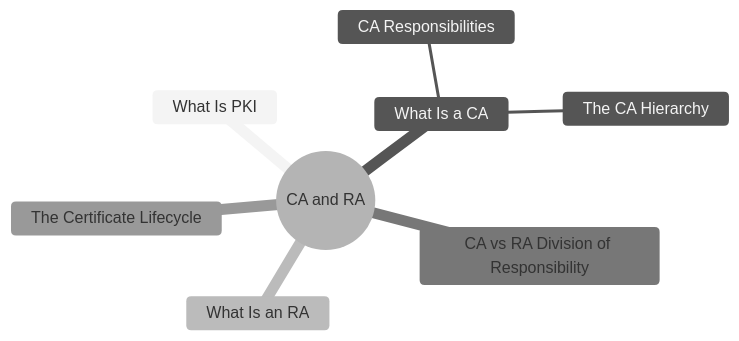
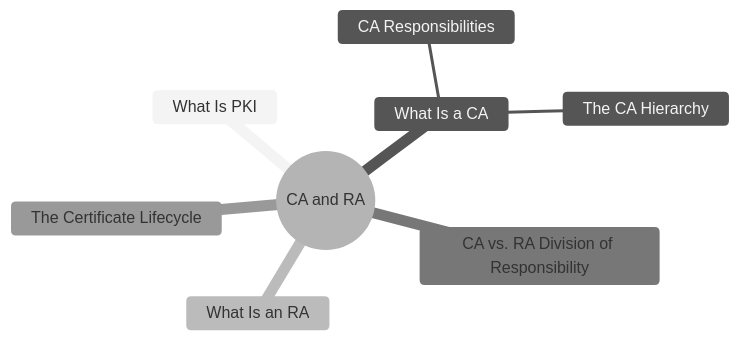
One commit to Charmying/blog changed the first of 4 diagrams in src/posts/en/network-pki-ca-ra.mdx. Above: the diagram before and after it, drawn with Mermaid (neutral theme). The commit also changed other lines of this file and 40 other files, not shown here.

````diff
--- a/src/posts/en/network-pki-ca-ra.mdx
+++ b/src/posts/en/network-pki-ca-ra.mdx
@@ -14,11 +14,11 @@
 ```mermaid
 mindmap
     root((CA and RA))
         What Is PKI
         What Is a CA
             CA Responsibilities
             The CA Hierarchy
         What Is an RA
-        CA vs RA Division of Responsibility
+        CA vs. RA Division of Responsibility
         The Certificate Lifecycle
 ```
````
